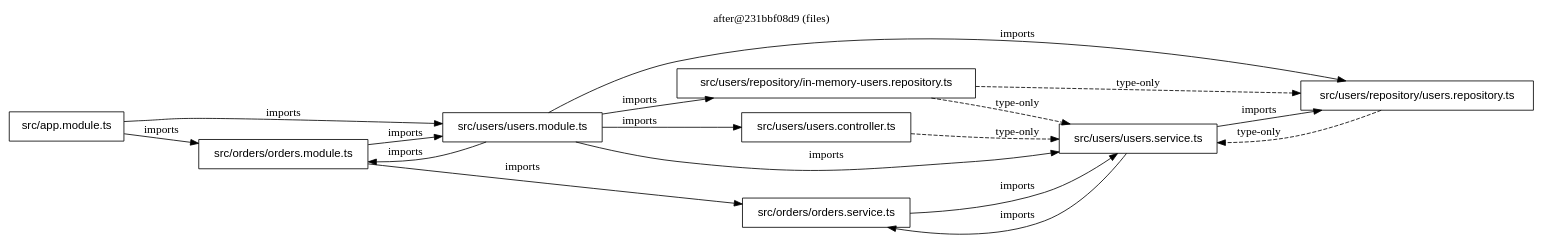
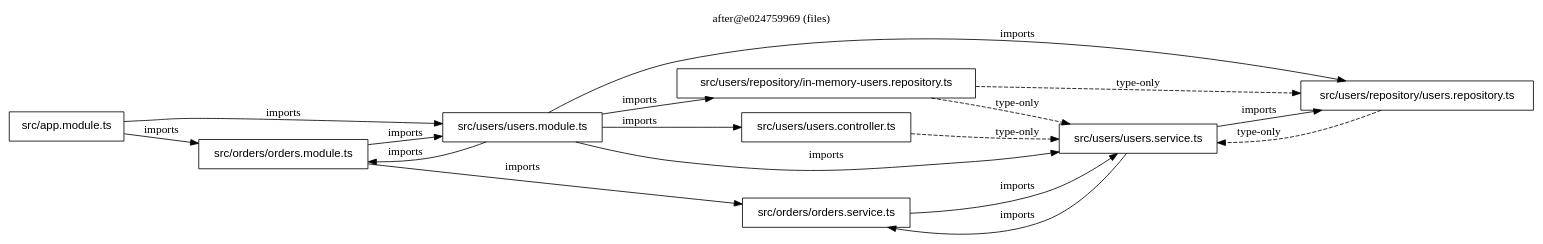
The diagram in examples/nest-shop/files-after.dot (FullFran/archsieve), drawn with Graphviz before and after one commit. The commit also changed 30 other files, not shown here.

First line of the commit message:
feat(scan): observe units from manifests as container nodes (schema 0.2)

```diff
--- a/examples/nest-shop/files-after.dot
+++ b/examples/nest-shop/files-after.dot
@@ -1,29 +1,29 @@
 digraph archsieve {
   rankdir=LR;
   node [shape=box, fontname="Helvetica"];
-  label="after@231bbf08d9 (files)"; labelloc=t;
+  label="after@e024759969 (files)"; labelloc=t;
   "src/app.module.ts" [label="src/app.module.ts"];
   "src/orders/orders.module.ts" [label="src/orders/orders.module.ts"];
   "src/orders/orders.service.ts" [label="src/orders/orders.service.ts"];
   "src/users/repository/in-memory-users.repository.ts" [label="src/users/repository/in-memory-users.repository.ts"];
   "src/users/repository/users.repository.ts" [label="src/users/repository/users.repository.ts"];
   "src/users/users.controller.ts" [label="src/users/users.controller.ts"];
   "src/users/users.module.ts" [label="src/users/users.module.ts"];
   "src/users/users.service.ts" [label="src/users/users.service.ts"];
   "src/app.module.ts" -> "src/orders/orders.module.ts" [label="imports"];
   "src/app.module.ts" -> "src/users/users.module.ts" [label="imports"];
   "src/orders/orders.module.ts" -> "src/orders/orders.service.ts" [label="imports"];
   "src/orders/orders.module.ts" -> "src/users/users.module.ts" [label="imports"];
   "src/orders/orders.service.ts" -> "src/users/users.service.ts" [label="imports"];
   "src/users/repository/in-memory-users.repository.ts" -> "src/users/repository/users.repository.ts" [style=dashed, label="type-only"];
   "src/users/repository/in-memory-users.repository.ts" -> "src/users/users.service.ts" [style=dashed, label="type-only"];
   "src/users/repository/users.repository.ts" -> "src/users/users.service.ts" [style=dashed, label="type-only"];
   "src/users/users.controller.ts" -> "src/users/users.service.ts" [style=dashed, label="type-only"];
   "src/users/users.module.ts" -> "src/orders/orders.module.ts" [label="imports"];
   "src/users/users.module.ts" -> "src/users/repository/in-memory-users.repository.ts" [label="imports"];
   "src/users/users.module.ts" -> "src/users/repository/users.repository.ts" [label="imports"];
   "src/users/users.module.ts" -> "src/users/users.controller.ts" [label="imports"];
   "src/users/users.module.ts" -> "src/users/users.service.ts" [label="imports"];
   "src/users/users.service.ts" -> "src/orders/orders.service.ts" [label="imports"];
   "src/users/users.service.ts" -> "src/users/repository/users.repository.ts" [label="imports"];
 }
```
